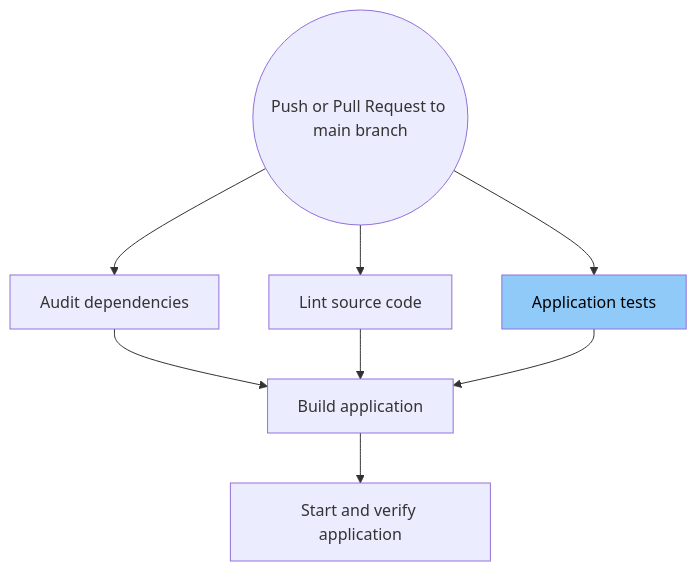
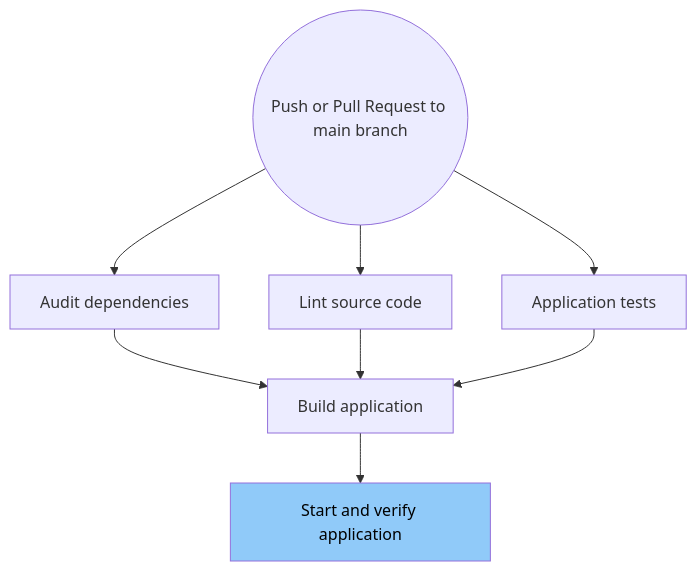
Before and after one commit to Scorpieau/javascript-spa-simple: the first of 2 diagrams in README.md, drawn with Mermaid. The commit also changed other lines of this file, not shown here.

Commit message:
docs: clarify CI workflow diagrams and legend for main branch and PR jobs

````diff
--- a/README.md
+++ b/README.md
@@ -82,12 +82,12 @@
 ```mermaid
 graph TD
     T((Push or Pull Request to main branch))
     T --> A[Audit dependencies]
     T --> B[Lint source code]
     T --> C[Application tests]
     A[Audit dependencies] --> E[Build application]
     B[Lint source code] --> E
     C[Application tests] --> E
     E --> F[Start and verify application]
-    style C fill:#90caf9,color:#000
+    style F fill:#90caf9,color:#000
 ```
````
